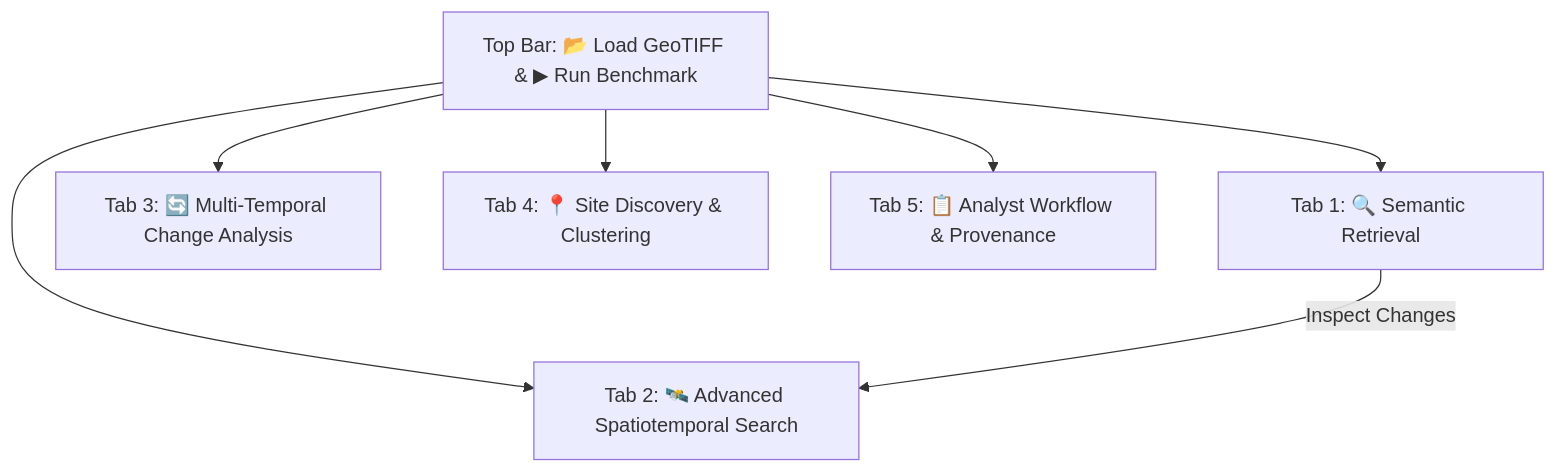
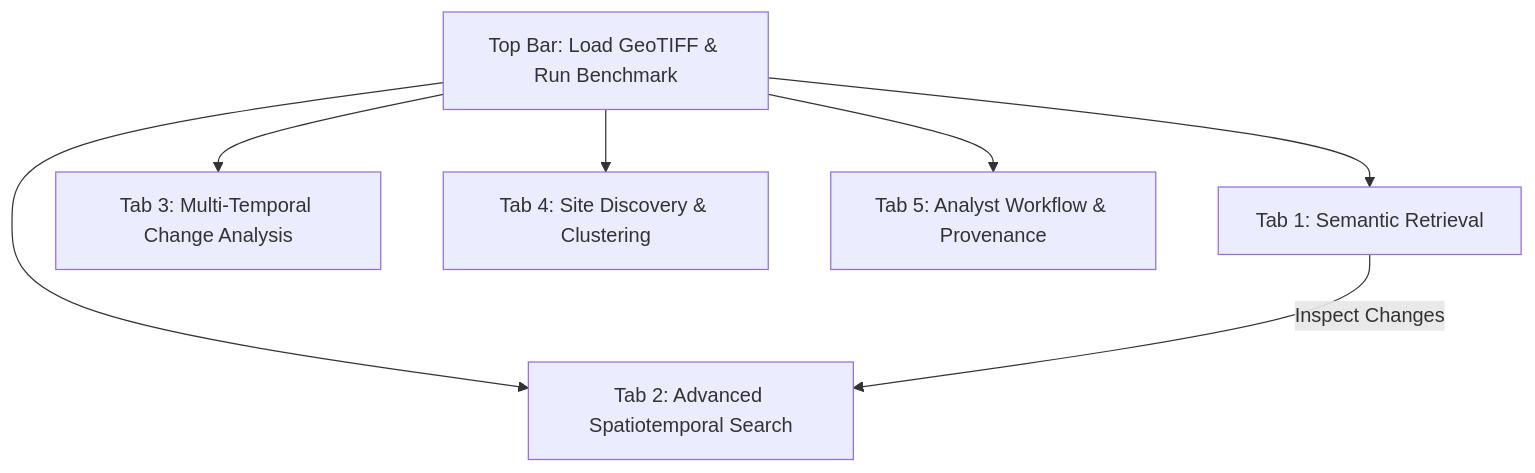
One commit to ARYANCY/GeoSemanticSat-V2 changed the diagram in Desktop_App/Upgrahan2/doc/analyst_user_guide.md. Above: the diagram before and after it, drawn with Mermaid. The commit also changed other lines of this file and 6 other files, not shown here.

````diff
--- a/Desktop_App/Upgrahan2/doc/analyst_user_guide.md
+++ b/Desktop_App/Upgrahan2/doc/analyst_user_guide.md
@@ -32,9 +32,9 @@
 ```mermaid
 graph TD
-    A["Top Bar: 📂 Load GeoTIFF & ▶ Run Benchmark"] --> B["Tab 1: 🔍 Semantic Retrieval"]
-    A --> C["Tab 2: 🛰️ Advanced Spatiotemporal Search"]
-    A --> D["Tab 3: 🔄 Multi-Temporal Change Analysis"]
-    A --> E["Tab 4: 📍 Site Discovery & Clustering"]
-    A --> F["Tab 5: 📋 Analyst Workflow & Provenance"]
+    A["Top Bar: Load GeoTIFF & Run Benchmark"] --> B["Tab 1: Semantic Retrieval"]
+    A --> C["Tab 2: Advanced Spatiotemporal Search"]
+    A --> D["Tab 3: Multi-Temporal Change Analysis"]
+    A --> E["Tab 4: Site Discovery & Clustering"]
+    A --> F["Tab 5: Analyst Workflow & Provenance"]
     B -- "Inspect Changes" --> C
 ```
````
